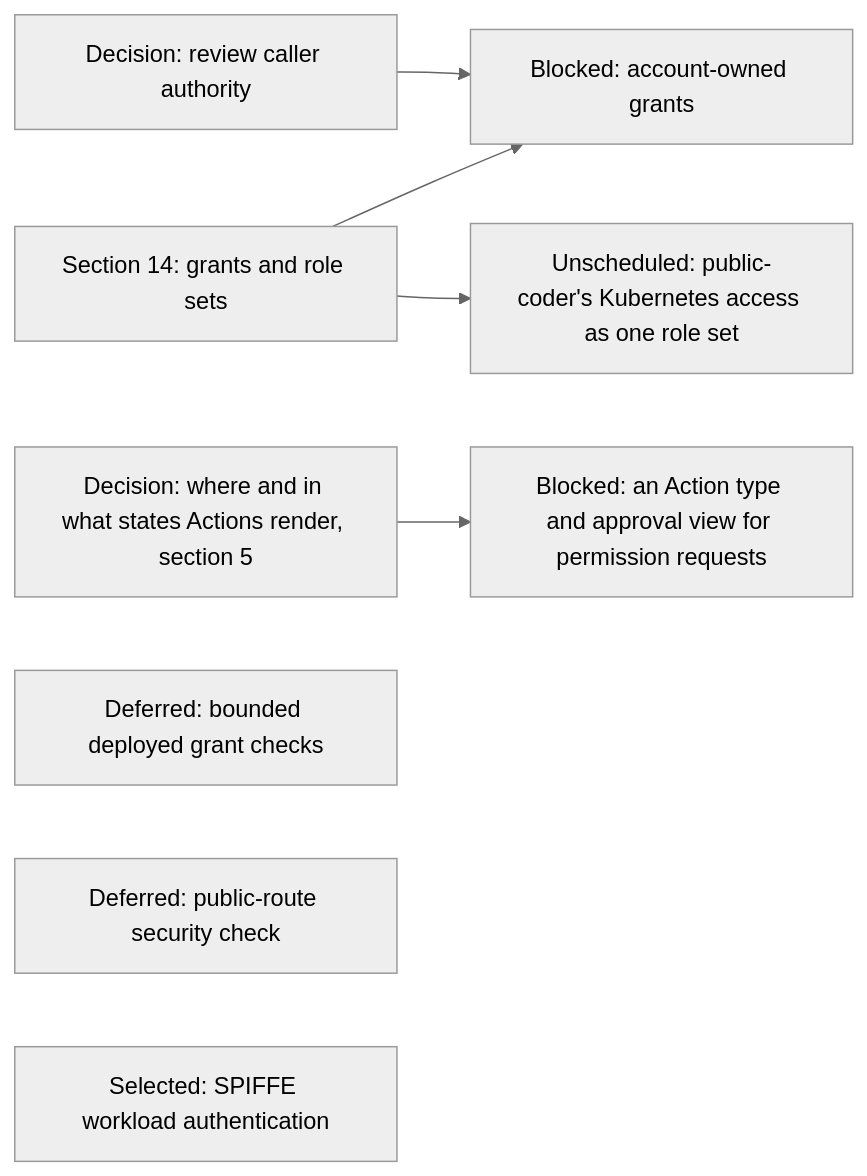
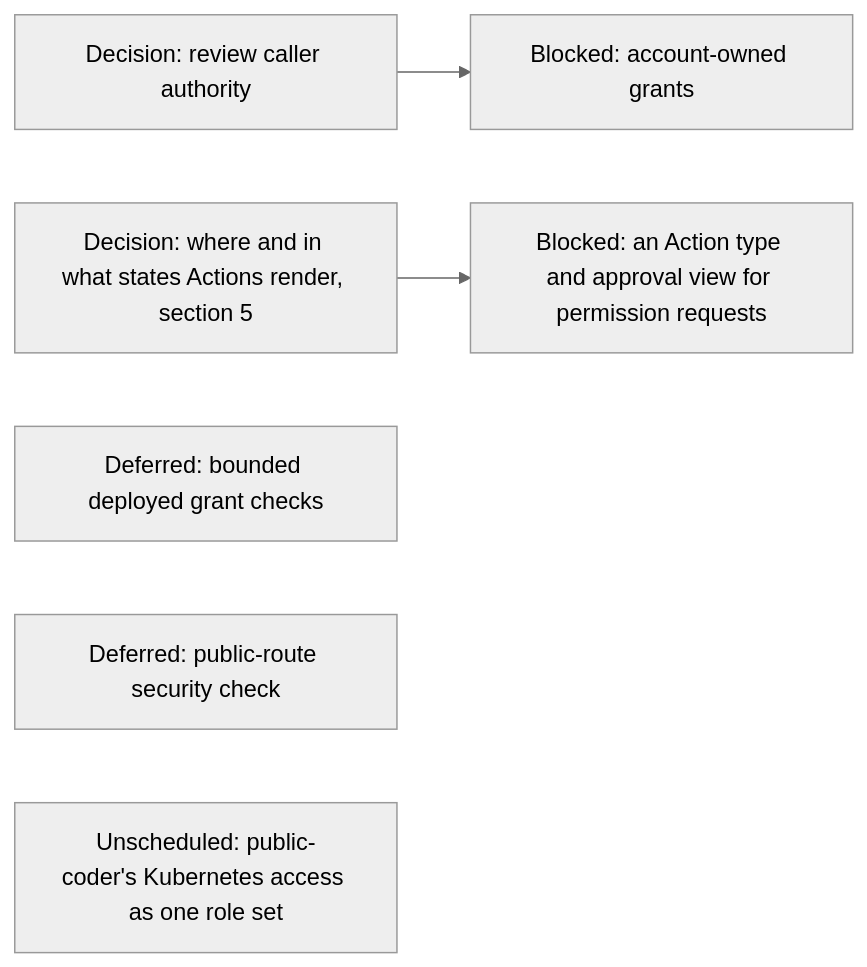
The seventh of 19 diagrams in agentplane/plans/task_dag.md (agentydragon/ducktape), drawn with Mermaid (neutral theme) before and after one commit. The commit also changed other lines of this file and 3 other files, not shown here.

````diff
--- a/agentplane/plans/task_dag.md
+++ b/agentplane/plans/task_dag.md
@@ -1444,13 +1447,10 @@
 ```mermaid
 flowchart LR
     CLAUDE_AI_SA[Decision: review caller authority] --> MANAGED_SA_RBAC[Blocked: account-owned grants]
-    POLICY_GRANTS[Section 14: grants and role sets] --> MANAGED_SA_RBAC
-    POLICY_GRANTS --> PC_KUBERNETES_POLICY_SET
     AGENT_PERMISSION_REQUESTS[Blocked: an Action type and approval view for permission requests]
     ACTION_SURFACES_DESIGN[Decision: where and in what states Actions render, section 5]
     ACTION_SURFACES_DESIGN --> AGENT_PERMISSION_REQUESTS
     SANDBOX_RBAC[Deferred: bounded deployed grant checks]
     NOTIFICATION_INGRESS_BOUNDARY[Deferred: public-route security check]
-    NETWORK_WORKLOAD_IDENTITY[Selected: SPIFFE workload authentication]
     PC_KUBERNETES_POLICY_SET[Unscheduled: public-coder's Kubernetes access as one role set]
 ```
````
